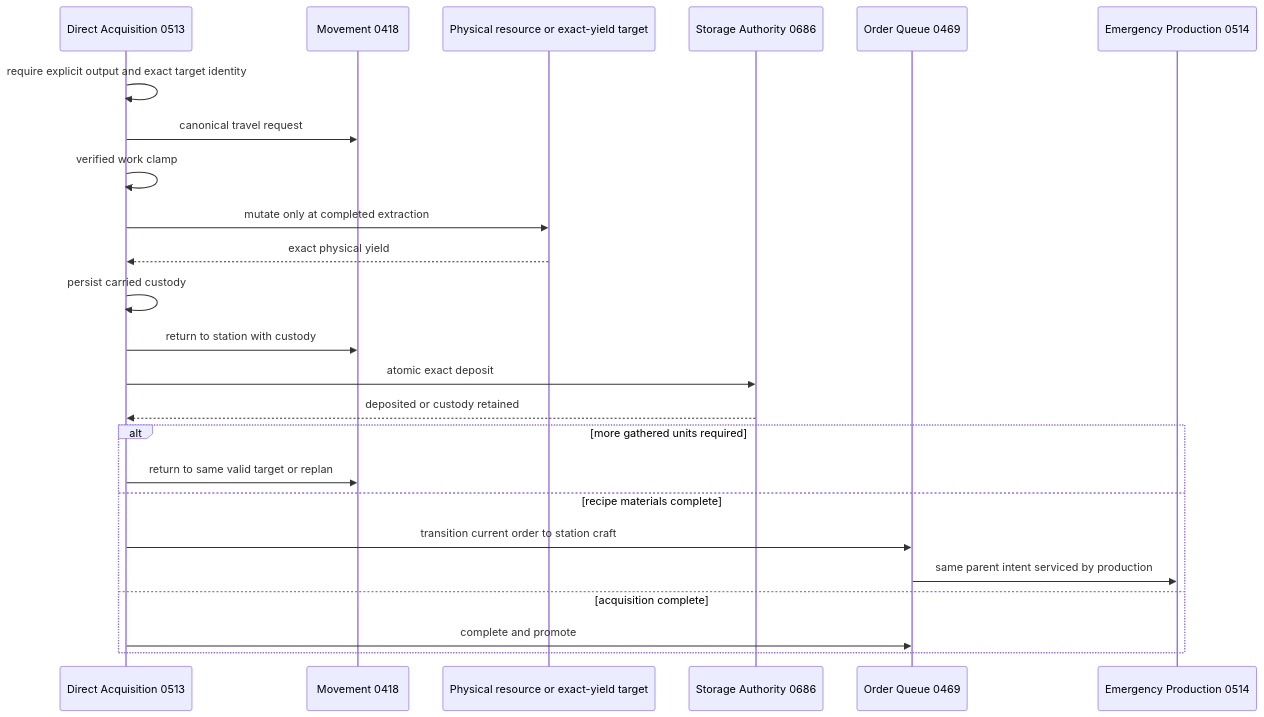
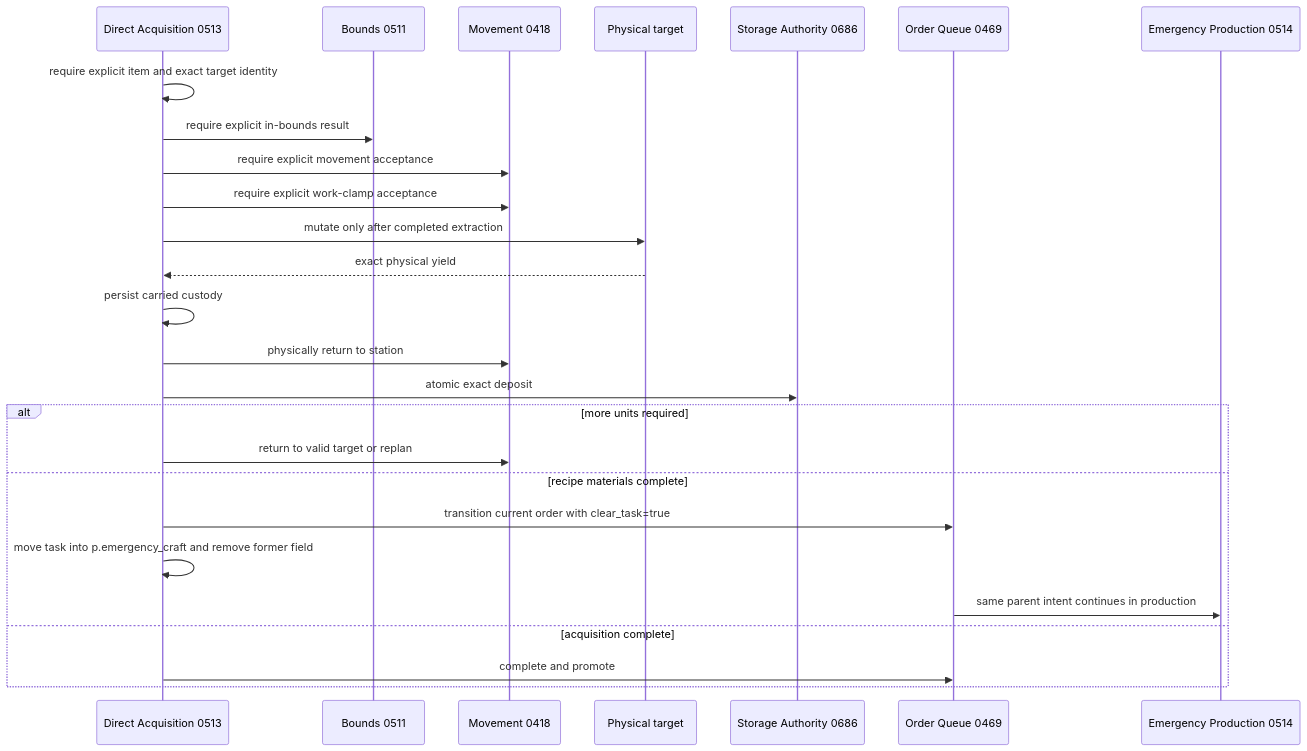
One commit to mrcalzon02/Tech-Priests changed the seventh of 15 diagrams in docs/RECOVERY_AUTHORITY_MAP_CURRENT.md. Above: the diagram before and after it, drawn with Mermaid. The commit also changed other lines of this file, not shown here.

Commit message:
Align current recovery authority map

````diff
--- a/docs/RECOVERY_AUTHORITY_MAP_CURRENT.md
+++ b/docs/RECOVERY_AUTHORITY_MAP_CURRENT.md
@@ -155,27 +190,29 @@
 ```mermaid
 sequenceDiagram
-    participant D as Direct Acquisition 0513
+    participant A as Direct Acquisition 0513
+    participant B as Bounds 0511
     participant M as Movement 0418
-    participant R as Physical resource or exact-yield target
+    participant R as Physical target
     participant S as Storage Authority 0686
     participant Q as Order Queue 0469
     participant P as Emergency Production 0514
 
-    D->>D: require explicit output and exact target identity
-    D->>M: canonical travel request
-    D->>D: verified work clamp
-    D->>R: mutate only at completed extraction
-    R-->>D: exact physical yield
-    D->>D: persist carried custody
-    D->>M: return to station with custody
-    D->>S: atomic exact deposit
-    S-->>D: deposited or custody retained
-    alt more gathered units required
-        D->>M: return to same valid target or replan
+    A->>A: require explicit item and exact target identity
+    A->>B: require explicit in-bounds result
+    A->>M: require explicit movement acceptance
+    A->>M: require explicit work-clamp acceptance
+    A->>R: mutate only after completed extraction
+    R-->>A: exact physical yield
+    A->>A: persist carried custody
+    A->>M: physically return to station
+    A->>S: atomic exact deposit
+    alt more units required
+        A->>M: return to valid target or replan
     else recipe materials complete
-        D->>Q: transition current order to station craft
-        Q->>P: same parent intent serviced by production
+        A->>Q: transition current order with clear_task=true
+        A->>A: move task into p.emergency_craft and remove former field
+        Q->>P: same parent intent continues in production
     else acquisition complete
-        D->>Q: complete and promote
+        A->>Q: complete and promote
     end
 ```
````
